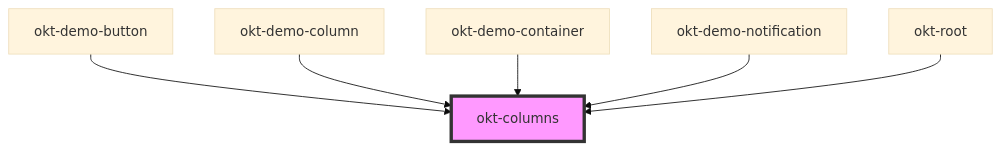
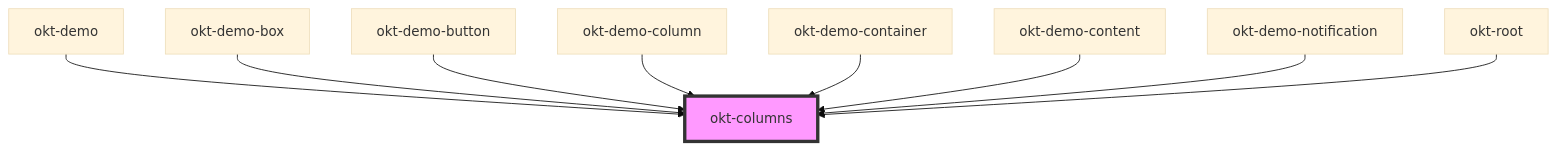
Before and after one commit to oktopusdgtl/bulma-components: the diagram in src/components/columns/readme.md, drawn with Mermaid (base theme). The commit also changed other lines of this file and 12 other files, not shown here.

````diff
--- a/src/components/columns/readme.md
+++ b/src/components/columns/readme.md
@@ -37,9 +40,12 @@
 ```mermaid
 graph TD;
+  okt-demo --> okt-columns
+  okt-demo-box --> okt-columns
   okt-demo-button --> okt-columns
   okt-demo-column --> okt-columns
   okt-demo-container --> okt-columns
+  okt-demo-content --> okt-columns
   okt-demo-notification --> okt-columns
   okt-root --> okt-columns
   style okt-columns fill:#f9f,stroke:#333,stroke-width:4px
 ```
````
